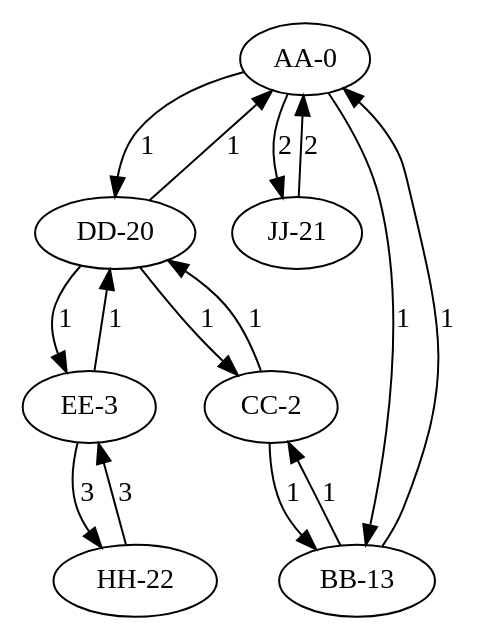
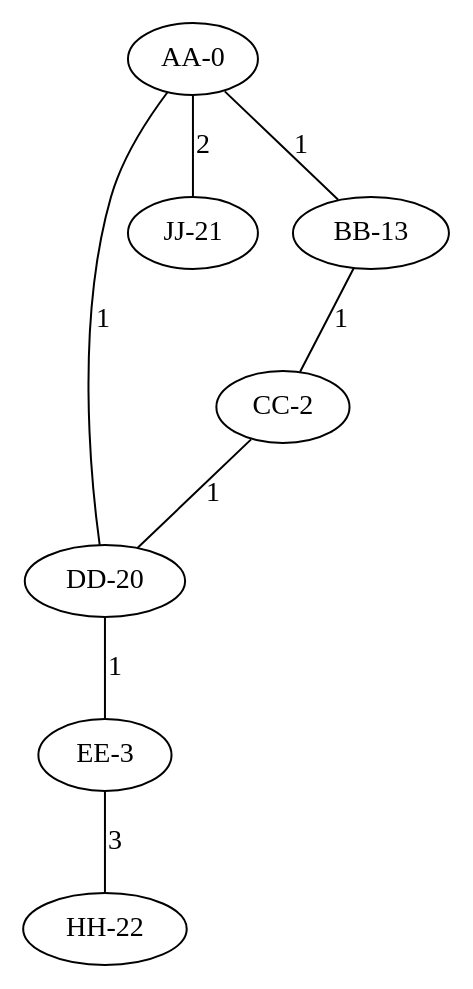
Before and after one commit to mwcz/advent-of-code-2022: the diagram in src/day16/example.dot, drawn with Graphviz. The commit also changed 3 other files, not shown here.

Commit message:
switch to undirected graph in day 16

```diff
--- a/src/day16/example.dot
+++ b/src/day16/example.dot
@@ -1,23 +1,16 @@
-digraph {
+graph {
     0 [ label = "AA-0" ]
     1 [ label = "DD-20" ]
     2 [ label = "JJ-21" ]
     3 [ label = "BB-13" ]
     4 [ label = "CC-2" ]
     5 [ label = "EE-3" ]
     6 [ label = "HH-22" ]
-    0 -> 1 [ label = "1" ]
-    0 -> 2 [ label = "2" ]
-    0 -> 3 [ label = "1" ]
-    3 -> 4 [ label = "1" ]
-    3 -> 0 [ label = "1" ]
-    4 -> 1 [ label = "1" ]
-    4 -> 3 [ label = "1" ]
-    1 -> 4 [ label = "1" ]
-    1 -> 0 [ label = "1" ]
-    1 -> 5 [ label = "1" ]
-    5 -> 6 [ label = "3" ]
-    5 -> 1 [ label = "1" ]
-    6 -> 5 [ label = "3" ]
-    2 -> 0 [ label = "2" ]
+    0 -- 1 [ label = "1" ]
+    0 -- 2 [ label = "2" ]
+    0 -- 3 [ label = "1" ]
+    3 -- 4 [ label = "1" ]
+    4 -- 1 [ label = "1" ]
+    1 -- 5 [ label = "1" ]
+    5 -- 6 [ label = "3" ]
 }
```
